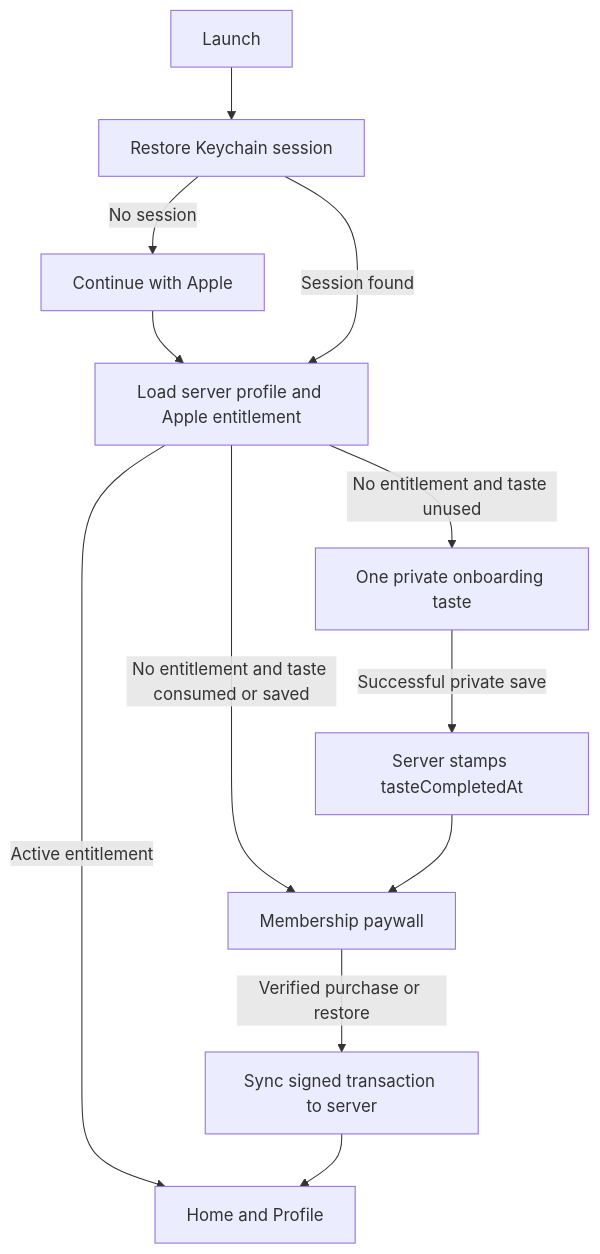
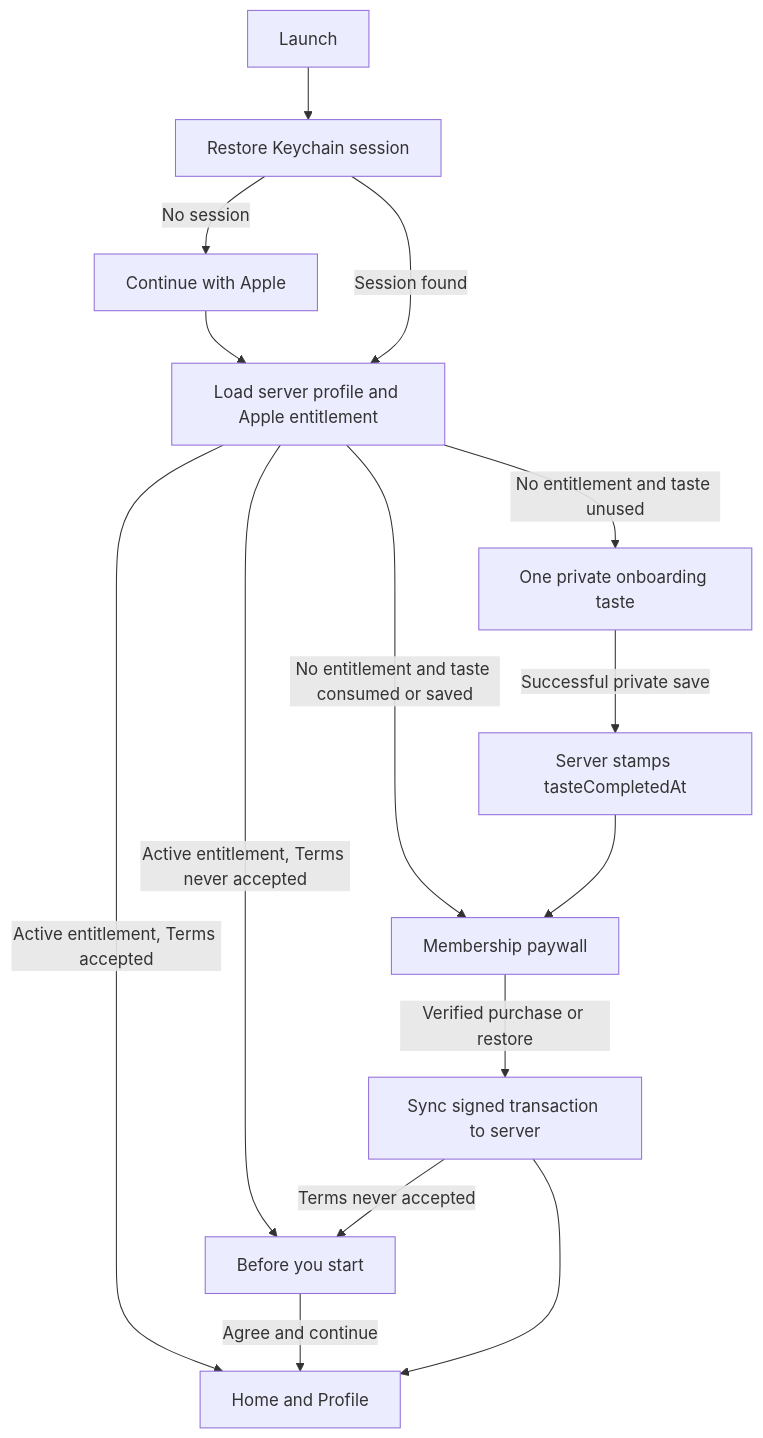
The diagram in docs/onboarding-and-signup-flow.md (io-m/angles), drawn with Mermaid before and after one commit. The commit also changed other lines of this file and 2 other files, not shown here.

Commit message:
Release the checkout lock when an entitled account stops at Terms

````diff
--- a/docs/onboarding-and-signup-flow.md
+++ b/docs/onboarding-and-signup-flow.md
@@ -15,14 +15,17 @@
 ```mermaid
 flowchart TD
     Launch[Launch] --> Restore[Restore Keychain session]
     Restore -->|No session| Login[Continue with Apple]
     Login --> Session[Load server profile and Apple entitlement]
     Restore -->|Session found| Session
-    Session -->|Active entitlement| Home[Home and Profile]
+    Session -->|Active entitlement, Terms accepted| Home[Home and Profile]
+    Session -->|Active entitlement, Terms never accepted| Terms[Before you start]
+    Terms -->|Agree and continue| Home
     Session -->|No entitlement and taste unused| Taste[One private onboarding taste]
     Session -->|No entitlement and taste consumed or saved| Paywall[Membership paywall]
     Taste -->|Successful private save| Mark[Server stamps tasteCompletedAt]
     Mark --> Paywall
     Paywall -->|Verified purchase or restore| Sync[Sync signed transaction to server]
     Sync --> Home
+    Sync -->|Terms never accepted| Terms
 ```
````
